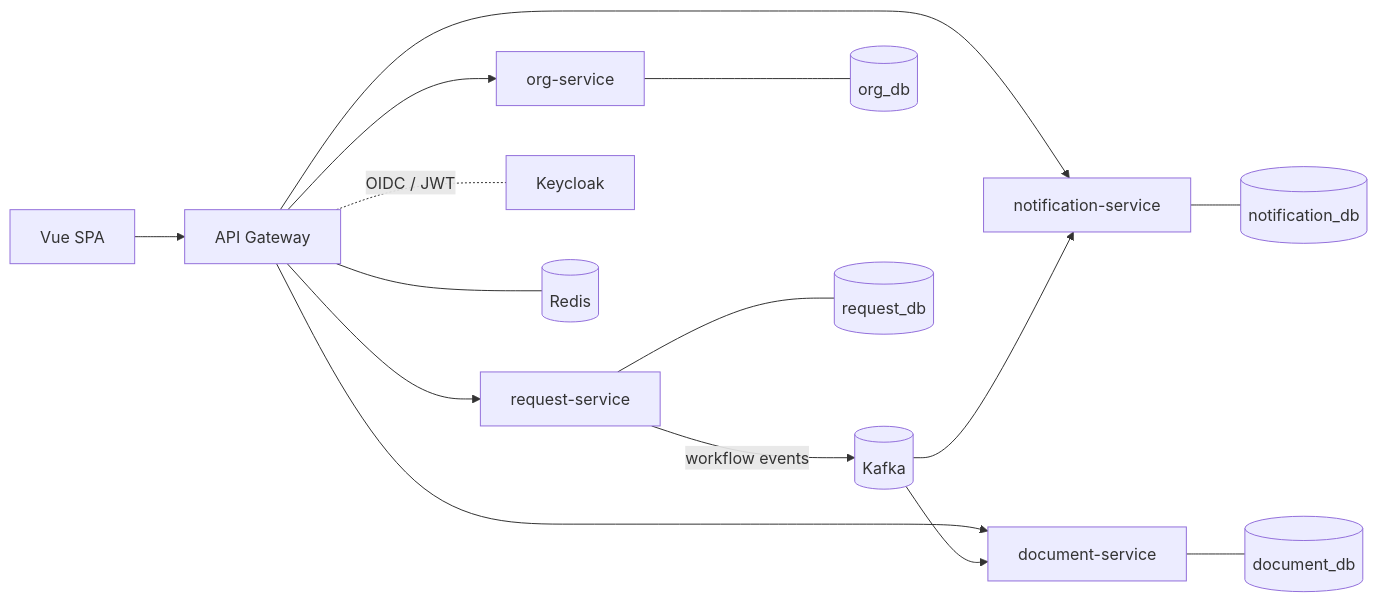
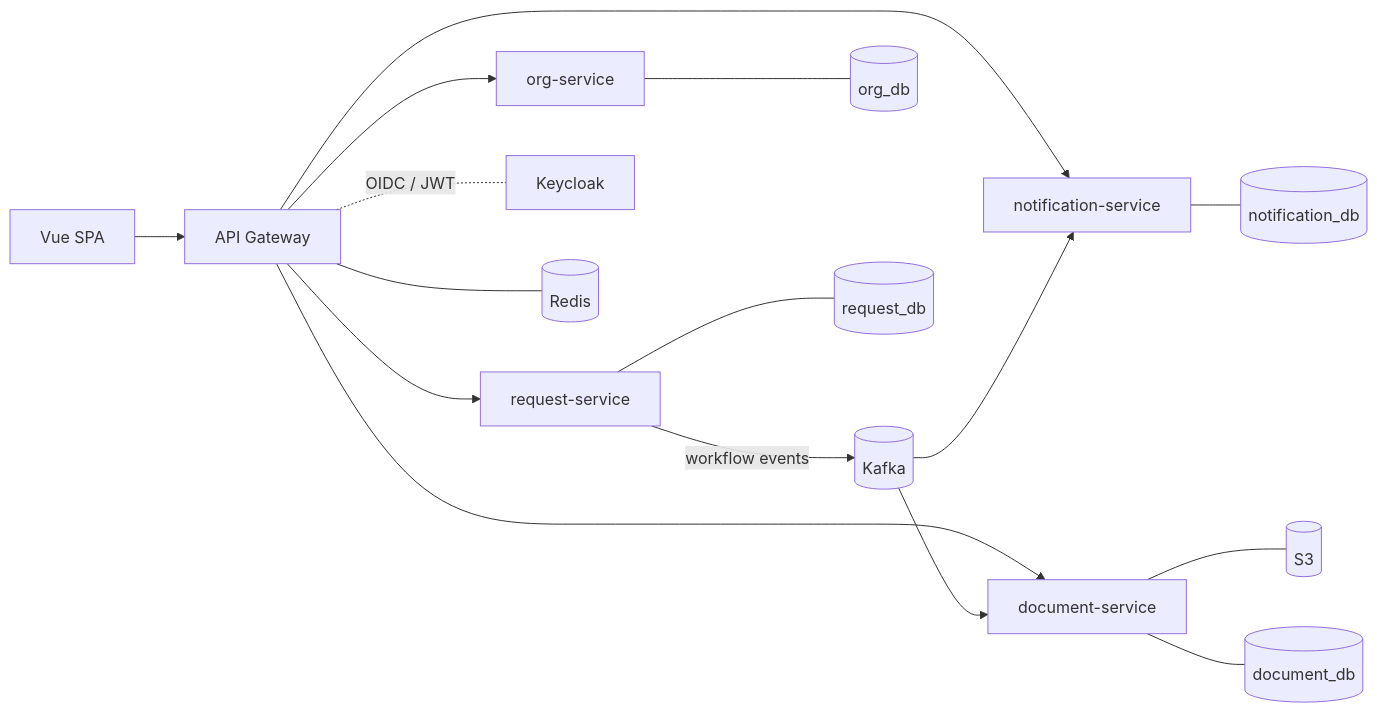
The diagram in README.md (Kazt2407/request-portal), drawn with Mermaid before and after one commit. The commit also changed other lines of this file and 4 other files, not shown here.

````diff
--- a/README.md
+++ b/README.md
@@ -18,17 +20,18 @@
 ```mermaid
 flowchart LR
     spa[Vue SPA] --> gw[API Gateway]
     gw --> org[org-service]
     gw --> req[request-service]
     gw --> doc[document-service]
     gw --> notif[notification-service]
     req -- workflow events --> kafka[(Kafka)]
     kafka --> notif
     kafka --> doc
+    doc --- s3[(S3)]
     org --- pg1[(org_db)]
     req --- pg2[(request_db)]
     doc --- pg3[(document_db)]
     notif --- pg4[(notification_db)]
     gw -. OIDC / JWT .- kc[Keycloak]
     gw --- redis[(Redis)]
 ```
````
